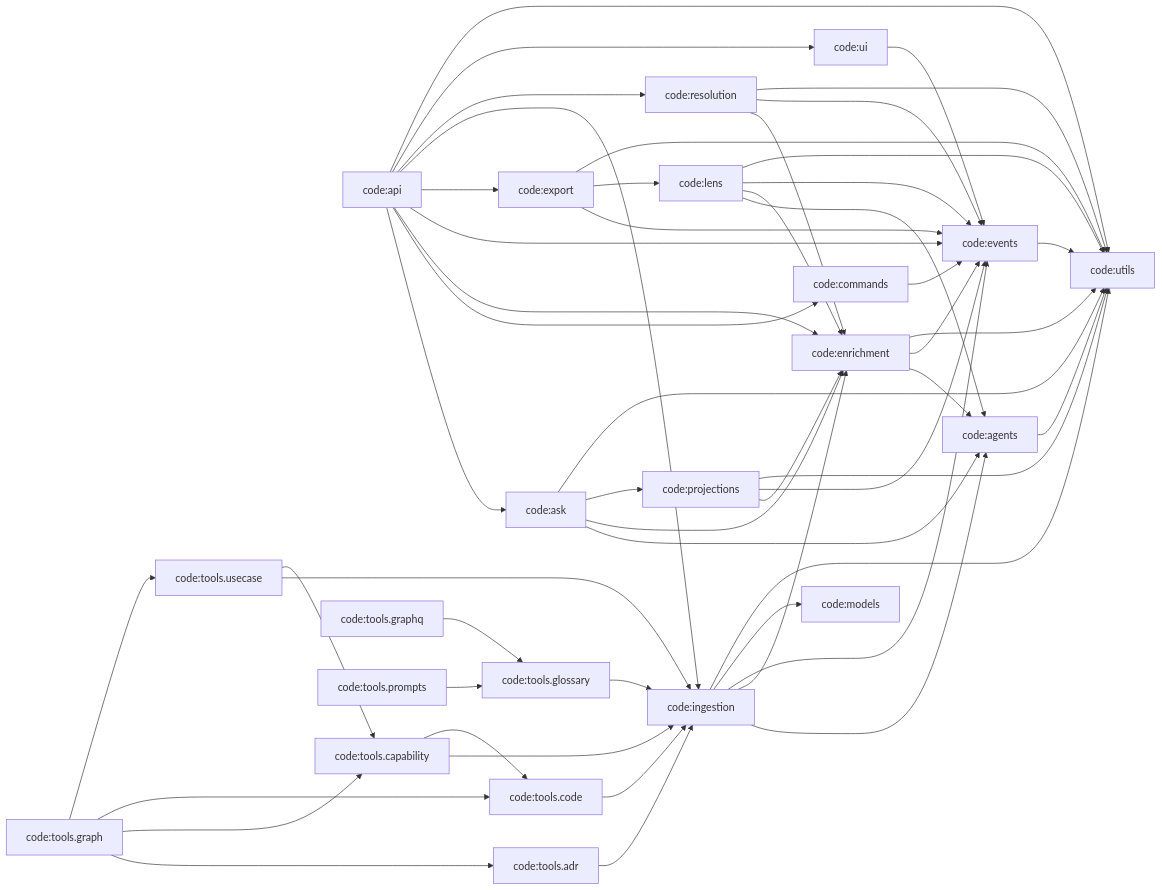
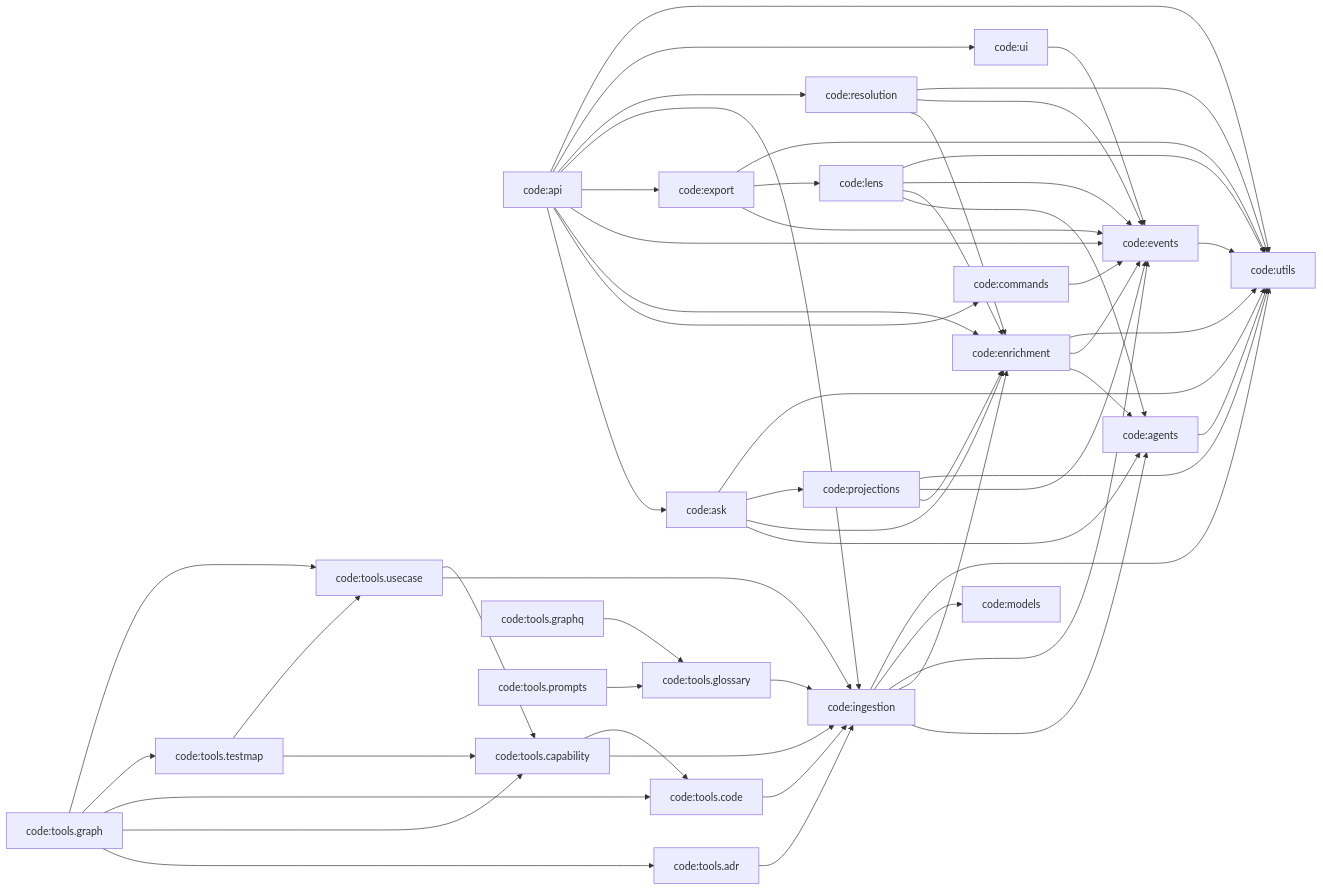
Before and after one commit to DigitalCowboyN/interview_analyzer_chaining: the third of 7 diagrams in docs/graph/graph.md, drawn with Mermaid. The commit also changed other lines of this file and 37 other files, not shown here.

````diff
--- a/docs/graph/graph.md
+++ b/docs/graph/graph.md
@@ -143,54 +145,57 @@
 ```mermaid
 graph LR
     n_code_agents["code:agents"] --> n_code_utils["code:utils"]
     n_code_api["code:api"] --> n_code_ask["code:ask"]
     n_code_api["code:api"] --> n_code_commands["code:commands"]
     n_code_api["code:api"] --> n_code_enrichment["code:enrichment"]
     n_code_api["code:api"] --> n_code_events["code:events"]
     n_code_api["code:api"] --> n_code_export["code:export"]
     n_code_api["code:api"] --> n_code_ingestion["code:ingestion"]
     n_code_api["code:api"] --> n_code_resolution["code:resolution"]
     n_code_api["code:api"] --> n_code_ui["code:ui"]
     n_code_api["code:api"] --> n_code_utils["code:utils"]
     n_code_ask["code:ask"] --> n_code_agents["code:agents"]
     n_code_ask["code:ask"] --> n_code_enrichment["code:enrichment"]
     n_code_ask["code:ask"] --> n_code_projections["code:projections"]
     n_code_ask["code:ask"] --> n_code_utils["code:utils"]
     n_code_commands["code:commands"] --> n_code_events["code:events"]
     n_code_enrichment["code:enrichment"] --> n_code_agents["code:agents"]
     n_code_enrichment["code:enrichment"] --> n_code_events["code:events"]
     n_code_enrichment["code:enrichment"] --> n_code_utils["code:utils"]
     n_code_events["code:events"] --> n_code_utils["code:utils"]
     n_code_export["code:export"] --> n_code_events["code:events"]
     n_code_export["code:export"] --> n_code_lens["code:lens"]
     n_code_export["code:export"] --> n_code_utils["code:utils"]
     n_code_ingestion["code:ingestion"] --> n_code_agents["code:agents"]
     n_code_ingestion["code:ingestion"] --> n_code_enrichment["code:enrichment"]
     n_code_ingestion["code:ingestion"] --> n_code_events["code:events"]
     n_code_ingestion["code:ingestion"] --> n_code_models["code:models"]
     n_code_ingestion["code:ingestion"] --> n_code_utils["code:utils"]
     n_code_lens["code:lens"] --> n_code_agents["code:agents"]
     n_code_lens["code:lens"] --> n_code_enrichment["code:enrichment"]
     n_code_lens["code:lens"] --> n_code_events["code:events"]
     n_code_lens["code:lens"] --> n_code_utils["code:utils"]
     n_code_projections["code:projections"] --> n_code_enrichment["code:enrichment"]
     n_code_projections["code:projections"] --> n_code_events["code:events"]
     n_code_projections["code:projections"] --> n_code_utils["code:utils"]
     n_code_resolution["code:resolution"] --> n_code_enrichment["code:enrichment"]
     n_code_resolution["code:resolution"] --> n_code_events["code:events"]
     n_code_resolution["code:resolution"] --> n_code_utils["code:utils"]
     n_code_tools_adr["code:tools.adr"] --> n_code_ingestion["code:ingestion"]
     n_code_tools_capability["code:tools.capability"] --> n_code_ingestion["code:ingestion"]
     n_code_tools_capability["code:tools.capability"] --> n_code_tools_code["code:tools.code"]
     n_code_tools_code["code:tools.code"] --> n_code_ingestion["code:ingestion"]
     n_code_tools_glossary["code:tools.glossary"] --> n_code_ingestion["code:ingestion"]
     n_code_tools_graph["code:tools.graph"] --> n_code_tools_adr["code:tools.adr"]
     n_code_tools_graph["code:tools.graph"] --> n_code_tools_capability["code:tools.capability"]
     n_code_tools_graph["code:tools.graph"] --> n_code_tools_code["code:tools.code"]
+    n_code_tools_graph["code:tools.graph"] --> n_code_tools_testmap["code:tools.testmap"]
     n_code_tools_graph["code:tools.graph"] --> n_code_tools_usecase["code:tools.usecase"]
     n_code_tools_graphq["code:tools.graphq"] --> n_code_tools_glossary["code:tools.glossary"]
     n_code_tools_prompts["code:tools.prompts"] --> n_code_tools_glossary["code:tools.glossary"]
+    n_code_tools_testmap["code:tools.testmap"] --> n_code_tools_capability["code:tools.capability"]
+    n_code_tools_testmap["code:tools.testmap"] --> n_code_tools_usecase["code:tools.usecase"]
     n_code_tools_usecase["code:tools.usecase"] --> n_code_ingestion["code:ingestion"]
     n_code_tools_usecase["code:tools.usecase"] --> n_code_tools_capability["code:tools.capability"]
     n_code_ui["code:ui"] --> n_code_events["code:events"]
 ```
````
